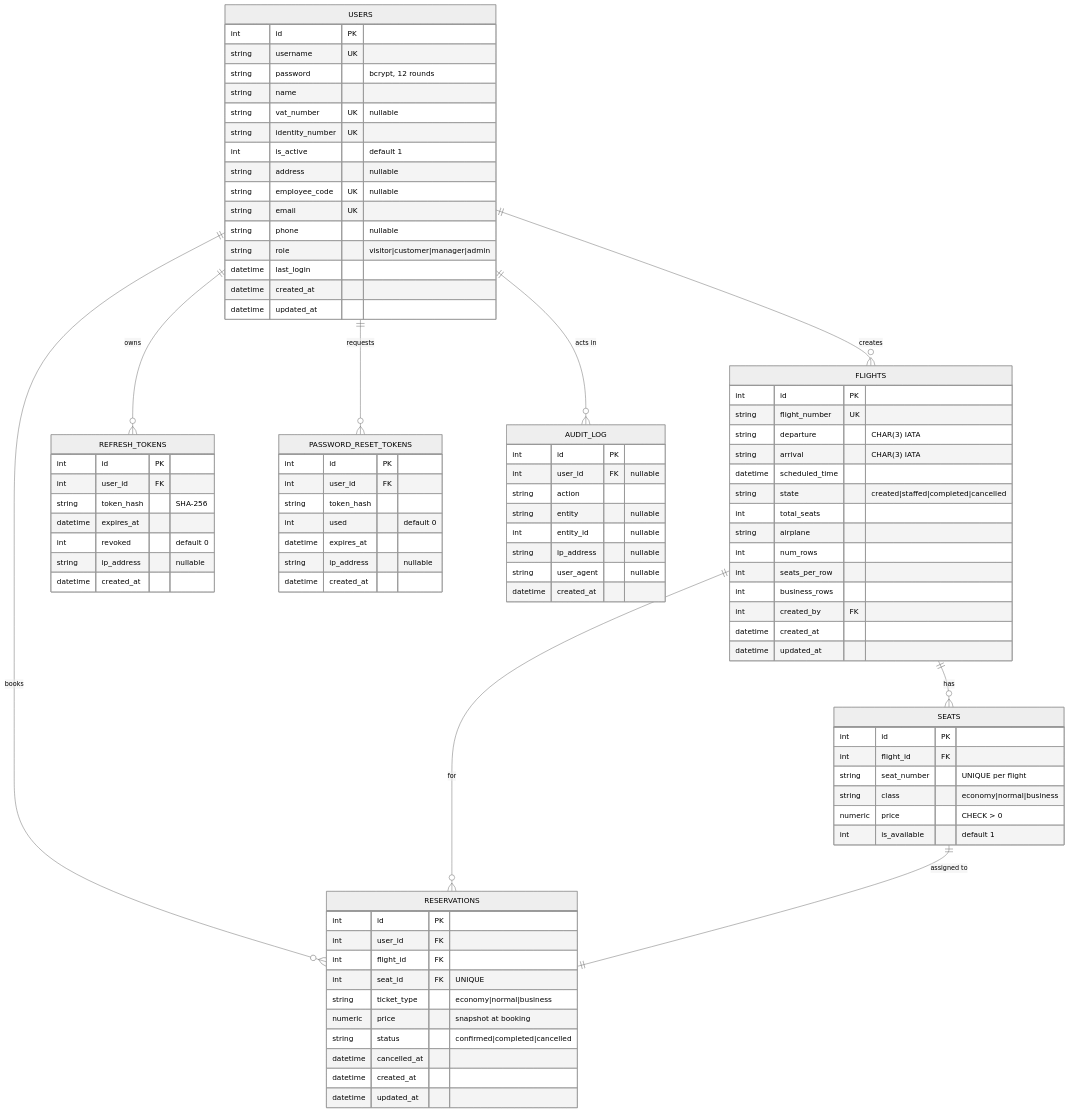
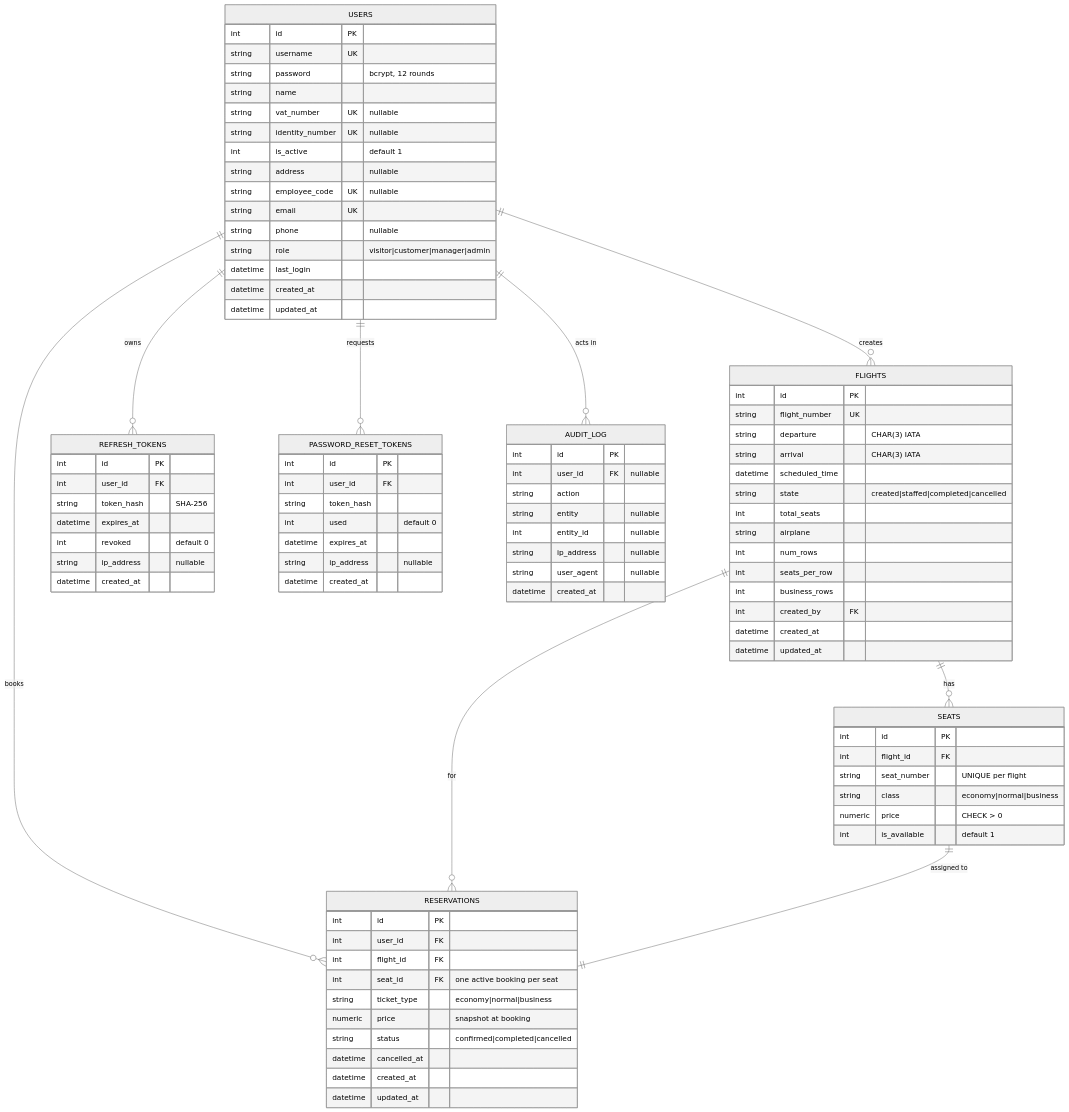
Before and after one commit to Volanakis/HorizonView: the first of 2 diagrams in diagrams/database.md, drawn with Mermaid (neutral theme). The commit also changed other lines of this file and 3 other files, not shown here.

```diff
--- a/diagrams/database.md
+++ b/diagrams/database.md
@@ -21,7 +21,7 @@
         string password "bcrypt, 12 rounds"
         string name
         string vat_number UK "nullable"
-        string identity_number UK
+        string identity_number UK "nullable"
         int is_active "default 1"
         string address "nullable"
         string employee_code UK "nullable"
@@ -60,7 +60,7 @@
         int id PK
         int user_id FK
         int flight_id FK
-        int seat_id FK "UNIQUE"
+        int seat_id FK "one active booking per seat"
         string ticket_type "economy|normal|business"
         numeric price "snapshot at booking"
         string status "confirmed|completed|cancelled"
```
